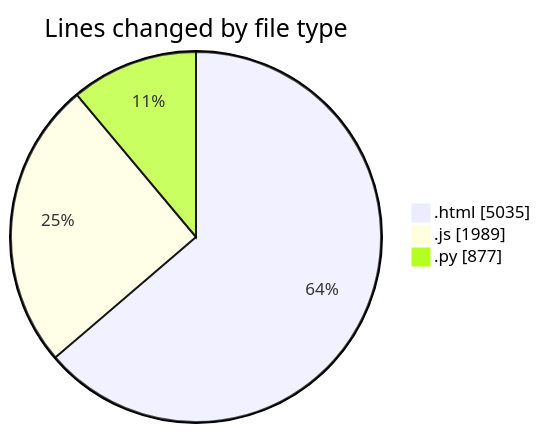
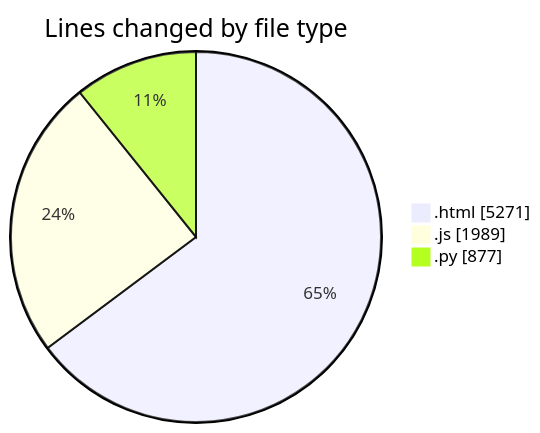
One commit to shibass792/code-tracking changed the first of 2 diagrams in 2026-07-15/shibass-ai/README.md. Above: the diagram before and after it, drawn with Mermaid. The commit also changed other lines of this file and 1 other file, not shown here.

````diff
--- a/2026-07-15/shibass-ai/README.md
+++ b/2026-07-15/shibass-ai/README.md
@@ -26,7 +27,7 @@
 ```mermaid
 pie showData
 title Lines changed by file type
-".html" : 5035
+".html" : 5271
 ".js" : 1989
 ".py" : 877
 ```
````
